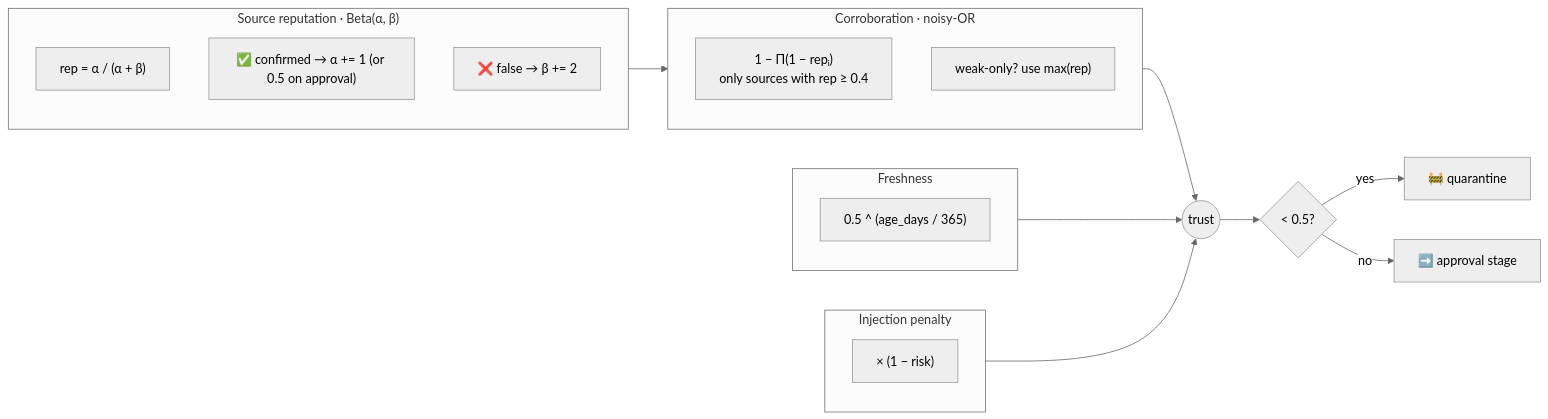
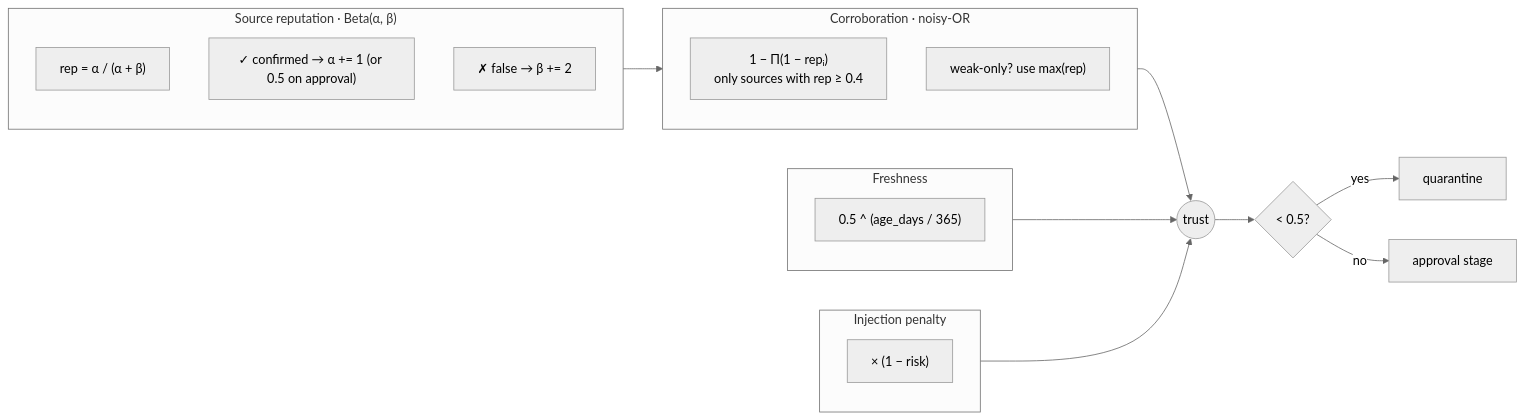
Before and after one commit to Prashasthi-18/Secure-Dynamic-Knowledge-Graph: the sixth of 14 diagrams in README.md, drawn with Mermaid (neutral theme). The commit also changed other lines of this file and 25 other files, not shown here.

````diff
--- a/README.md
+++ b/README.md
@@ -269,24 +298,24 @@
 ```mermaid
 flowchart LR
     subgraph REP["Source reputation · Beta(α, β)"]
         R["rep = α / (α + β)"]
-        UP["✅ confirmed → α += 1 (or 0.5 on approval)"]
-        DOWN["❌ false → β += 2"]
+        UP["✓ confirmed → α += 1 (or 0.5 on approval)"]
+        DOWN["✗ false → β += 2"]
     end
     subgraph COR["Corroboration · noisy-OR"]
         N["1 − Π(1 − repᵢ)<br/>only sources with rep ≥ 0.4"]
         W["weak-only? use max(rep)"]
     end
     subgraph FR["Freshness"]
         F["0.5 ^ (age_days / 365)"]
     end
     subgraph INJ["Injection penalty"]
         I["× (1 − risk)"]
     end
     REP --> COR --> T(("trust"))
     FR --> T
     INJ --> T
     T --> D{"< 0.5?"}
-    D -- "yes" --> Q["🚧 quarantine"]
-    D -- "no" --> NEXT["➡️ approval stage"]
+    D -- "yes" --> Q["quarantine"]
+    D -- "no" --> NEXT["approval stage"]
 ```
````
